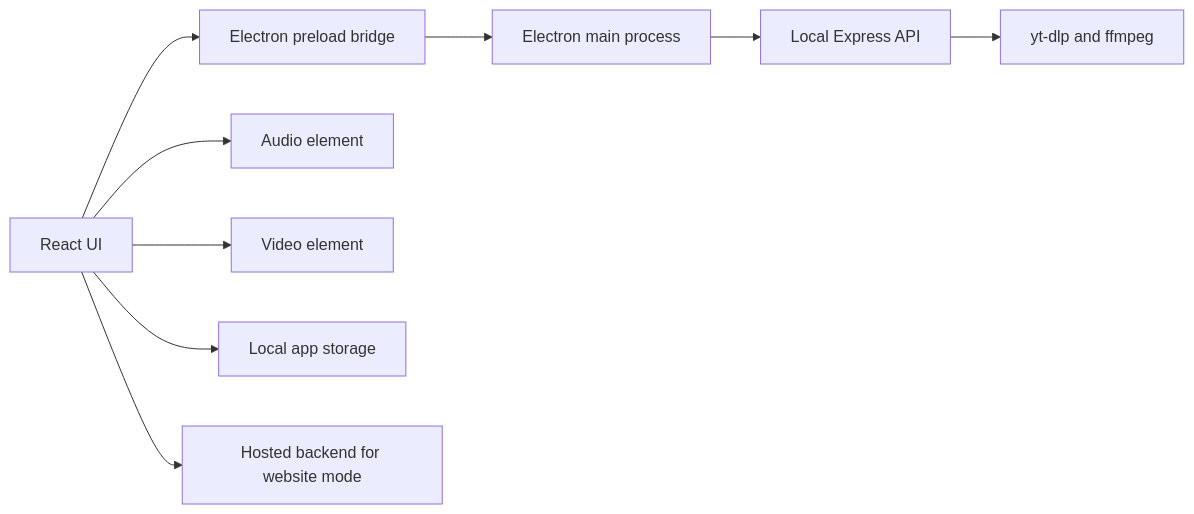
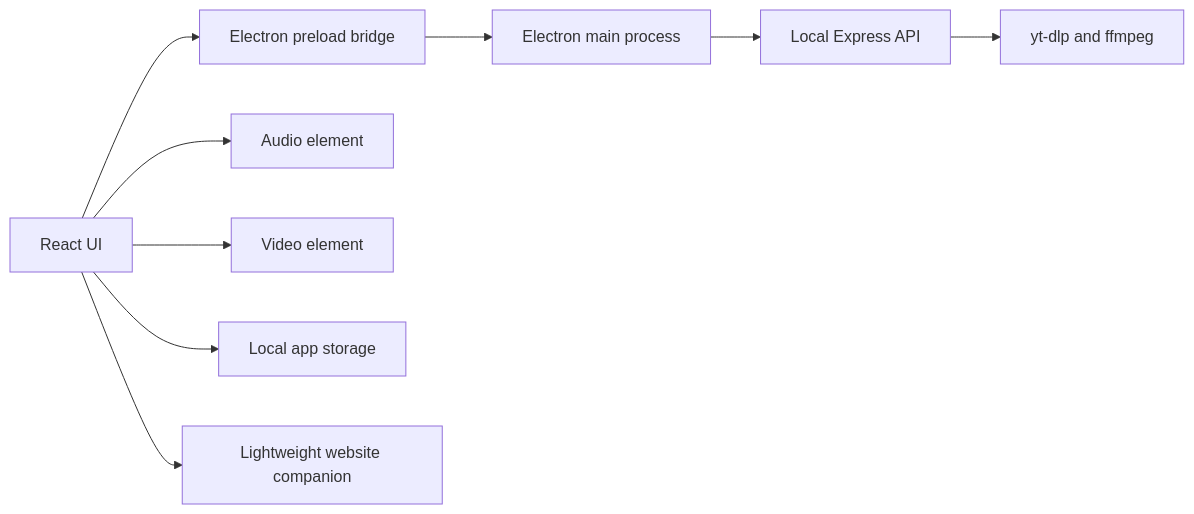
Before and after one commit to GSUS2K/Aether-Studio: the diagram in README.md, drawn with Mermaid. The commit also changed other lines of this file, not shown here.

````diff
--- a/README.md
+++ b/README.md
@@ -160,11 +201,11 @@
 ```mermaid
 flowchart LR
   React["React UI"] --> Bridge["Electron preload bridge"]
   Bridge --> Main["Electron main process"]
   Main --> API["Local Express API"]
   API --> Media["yt-dlp and ffmpeg"]
   React --> Audio["Audio element"]
   React --> Video["Video element"]
   React --> Store["Local app storage"]
-  React --> Web["Hosted backend for website mode"]
+  React --> Web["Lightweight website companion"]
 ```
````
